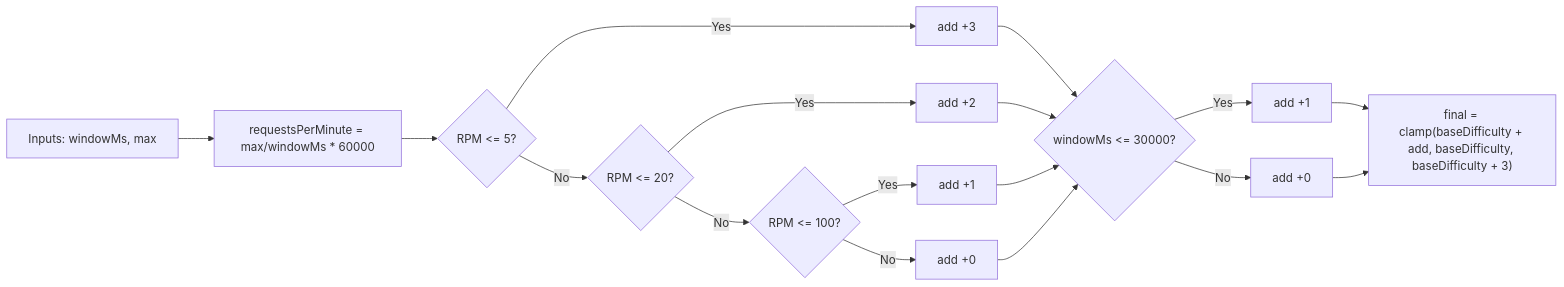
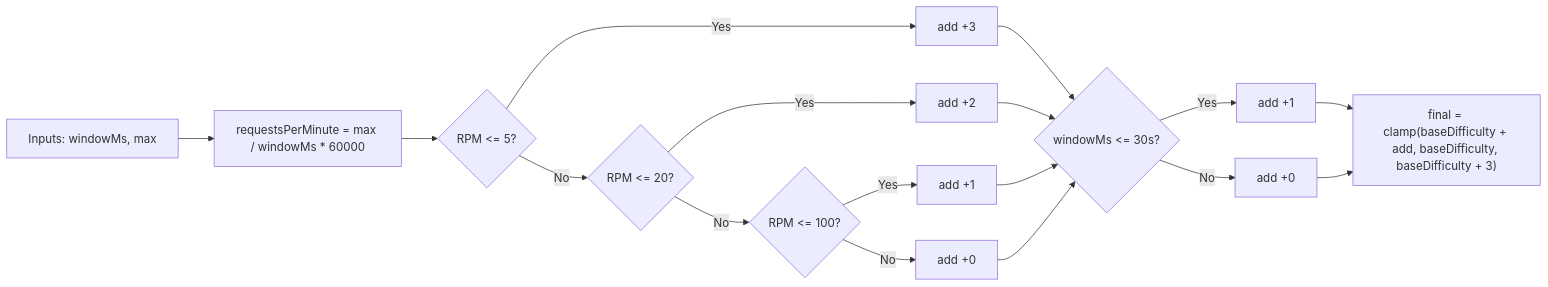
The fourth of 6 diagrams in docs/architecture/RATE_LIMITER_ARCHITECTURE.md (IamDevTrivedi/Trimium), drawn with Mermaid before and after one commit. The commit also changed other lines of this file and 5 other files, not shown here.

````diff
--- a/docs/architecture/RATE_LIMITER_ARCHITECTURE.md
+++ b/docs/architecture/RATE_LIMITER_ARCHITECTURE.md
@@ -114,23 +158,23 @@
 ```mermaid
 flowchart LR
-    A["Inputs: windowMs, max"] --> B["requestsPerMinute = max/windowMs * 60000"]
+    A["Inputs: windowMs, max"] --> B["requestsPerMinute = max / windowMs * 60000"]
 
     B --> C{RPM <= 5?}
     C -- Yes --> C1["add +3"]
     C -- No --> D{RPM <= 20?}
     D -- Yes --> D1["add +2"]
     D -- No --> E{RPM <= 100?}
     E -- Yes --> E1["add +1"]
     E -- No --> F["add +0"]
 
-    C1 --> G{windowMs <= 30000?}
+    C1 --> G{windowMs <= 30s?}
     D1 --> G
     E1 --> G
     F --> G
 
     G -- Yes --> H["add +1"]
     G -- No --> I["add +0"]
 
     H --> J["final = clamp(baseDifficulty + add, baseDifficulty, baseDifficulty + 3)"]
     I --> J
 ```
````
